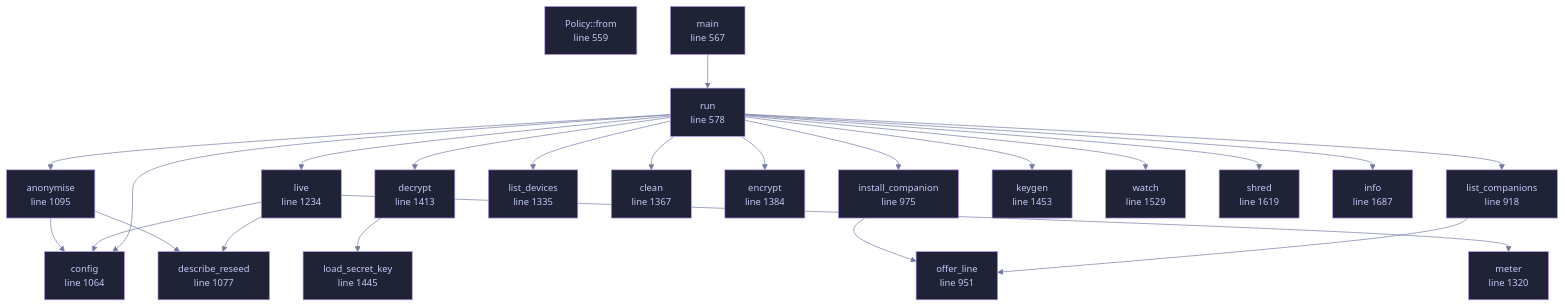
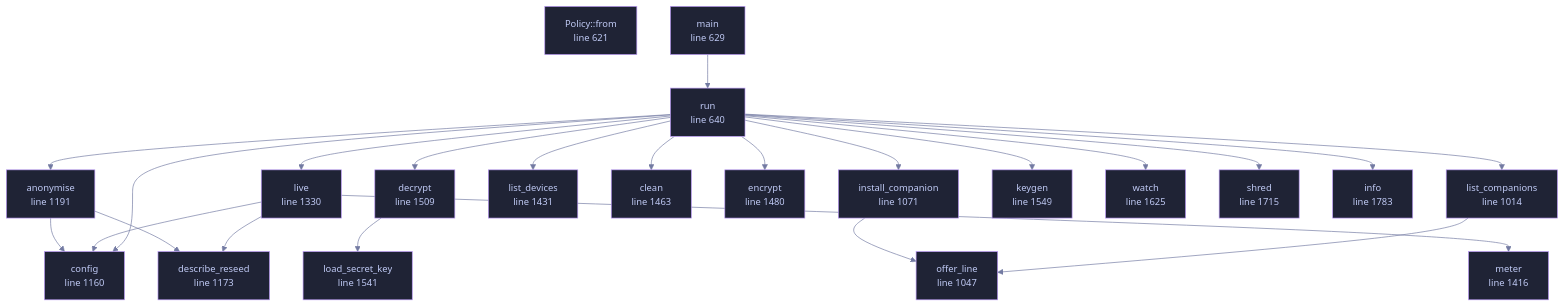
Before and after one commit to tilas01/veilvoice: the diagram in docs/files/veilvoice-cli/main.md, drawn with Mermaid. The commit also changed other lines of this file and 19 other files, not shown here.

````diff
--- a/docs/files/veilvoice-cli/main.md
+++ b/docs/files/veilvoice-cli/main.md
@@ -115,68 +115,68 @@
 ```mermaid
 %%{init: {"theme":"base","themeVariables":{"background":"#1a1b26","primaryColor":"#1f2335","primaryTextColor":"#c0caf5","primaryBorderColor":"#7aa2f7","secondaryColor":"#16161e","tertiaryColor":"#16161e","lineColor":"#737aa2","textColor":"#c0caf5","mainBkg":"#1f2335","nodeBorder":"#7aa2f7","clusterBkg":"#16161e","clusterBorder":"#2f3549","fontFamily":"ui-monospace, SFMono-Regular, Consolas, monospace","fontSize":"14px"}}}%%
 flowchart TD
-    n_from["Policy::from<br/>line 559"]
-    n_main["main<br/>line 567"]
-    n_run["run<br/>line 578"]
-    n_list_companions["list_companions<br/>line 918"]
-    n_offer_line["offer_line<br/>line 951"]
-    n_install_companion["install_companion<br/>line 975"]
-    n_config["config<br/>line 1064"]
-    n_describe_reseed["describe_reseed<br/>line 1077"]
-    n_anonymise["anonymise<br/>line 1095"]
-    n_live["live<br/>line 1234"]
-    n_meter["meter<br/>line 1320"]
-    n_list_devices["list_devices<br/>line 1335"]
-    n_clean["clean<br/>line 1367"]
-    n_encrypt["encrypt<br/>line 1384"]
-    n_decrypt["decrypt<br/>line 1413"]
-    n_load_secret_key["load_secret_key<br/>line 1445"]
-    n_keygen["keygen<br/>line 1453"]
-    n_watch["watch<br/>line 1529"]
-    n_shred["shred<br/>line 1619"]
-    n_info["info<br/>line 1687"]
+    n_from["Policy::from<br/>line 621"]
+    n_main["main<br/>line 629"]
+    n_run["run<br/>line 640"]
+    n_list_companions["list_companions<br/>line 1014"]
+    n_offer_line["offer_line<br/>line 1047"]
+    n_install_companion["install_companion<br/>line 1071"]
+    n_config["config<br/>line 1160"]
+    n_describe_reseed["describe_reseed<br/>line 1173"]
+    n_anonymise["anonymise<br/>line 1191"]
+    n_live["live<br/>line 1330"]
+    n_meter["meter<br/>line 1416"]
+    n_list_devices["list_devices<br/>line 1431"]
+    n_clean["clean<br/>line 1463"]
+    n_encrypt["encrypt<br/>line 1480"]
+    n_decrypt["decrypt<br/>line 1509"]
+    n_load_secret_key["load_secret_key<br/>line 1541"]
+    n_keygen["keygen<br/>line 1549"]
+    n_watch["watch<br/>line 1625"]
+    n_shred["shred<br/>line 1715"]
+    n_info["info<br/>line 1783"]
     n_anonymise --> n_config
     n_anonymise --> n_describe_reseed
     n_decrypt --> n_load_secret_key
     n_install_companion --> n_offer_line
     n_list_companions --> n_offer_line
     n_live --> n_config
     n_live --> n_describe_reseed
     n_live --> n_meter
     n_main --> n_run
     n_run --> n_anonymise
     n_run --> n_clean
     n_run --> n_config
     n_run --> n_decrypt
     n_run --> n_encrypt
     n_run --> n_info
     n_run --> n_install_companion
     n_run --> n_keygen
     n_run --> n_list_companions
     n_run --> n_list_devices
     n_run --> n_live
     n_run --> n_shred
     n_run --> n_watch
-    click n_from href "https://github.com/tilas01/veilvoice/blob/main/crates/veilvoice-cli/src/main.rs#L559" "open the source"
-    click n_main href "https://github.com/tilas01/veilvoice/blob/main/crates/veilvoice-cli/src/main.rs#L567" "open the source"
-    click n_run href "https://github.com/tilas01/veilvoice/blob/main/crates/veilvoice-cli/src/main.rs#L578" "open the source"
-    click n_list_companions href "https://github.com/tilas01/veilvoice/blob/main/crates/veilvoice-cli/src/main.rs#L918" "open the source"
-    click n_offer_line href "https://github.com/tilas01/veilvoice/blob/main/crates/veilvoice-cli/src/main.rs#L951" "open the source"
-    click n_install_companion href "https://github.com/tilas01/veilvoice/blob/main/crates/veilvoice-cli/src/main.rs#L975" "open the source"
-    click n_config href "https://github.com/tilas01/veilvoice/blob/main/crates/veilvoice-cli/src/main.rs#L1064" "open the source"
-    click n_describe_reseed href "https://github.com/tilas01/veilvoice/blob/main/crates/veilvoice-cli/src/main.rs#L1077" "open the source"
-    click n_anonymise href "https://github.com/tilas01/veilvoice/blob/main/crates/veilvoice-cli/src/main.rs#L1095" "open the source"
-    click n_live href "https://github.com/tilas01/veilvoice/blob/main/crates/veilvoice-cli/src/main.rs#L1234" "open the source"
-    click n_meter href "https://github.com/tilas01/veilvoice/blob/main/crates/veilvoice-cli/src/main.rs#L1320" "open the source"
-    click n_list_devices href "https://github.com/tilas01/veilvoice/blob/main/crates/veilvoice-cli/src/main.rs#L1335" "open the source"
-    click n_clean href "https://github.com/tilas01/veilvoice/blob/main/crates/veilvoice-cli/src/main.rs#L1367" "open the source"
-    click n_encrypt href "https://github.com/tilas01/veilvoice/blob/main/crates/veilvoice-cli/src/main.rs#L1384" "open the source"
-    click n_decrypt href "https://github.com/tilas01/veilvoice/blob/main/crates/veilvoice-cli/src/main.rs#L1413" "open the source"
-    click n_load_secret_key href "https://github.com/tilas01/veilvoice/blob/main/crates/veilvoice-cli/src/main.rs#L1445" "open the source"
-    click n_keygen href "https://github.com/tilas01/veilvoice/blob/main/crates/veilvoice-cli/src/main.rs#L1453" "open the source"
-    click n_watch href "https://github.com/tilas01/veilvoice/blob/main/crates/veilvoice-cli/src/main.rs#L1529" "open the source"
-    click n_shred href "https://github.com/tilas01/veilvoice/blob/main/crates/veilvoice-cli/src/main.rs#L1619" "open the source"
-    click n_info href "https://github.com/tilas01/veilvoice/blob/main/crates/veilvoice-cli/src/main.rs#L1687" "open the source"
+    click n_from href "https://github.com/tilas01/veilvoice/blob/main/crates/veilvoice-cli/src/main.rs#L621" "open the source"
+    click n_main href "https://github.com/tilas01/veilvoice/blob/main/crates/veilvoice-cli/src/main.rs#L629" "open the source"
+    click n_run href "https://github.com/tilas01/veilvoice/blob/main/crates/veilvoice-cli/src/main.rs#L640" "open the source"
+    click n_list_companions href "https://github.com/tilas01/veilvoice/blob/main/crates/veilvoice-cli/src/main.rs#L1014" "open the source"
+    click n_offer_line href "https://github.com/tilas01/veilvoice/blob/main/crates/veilvoice-cli/src/main.rs#L1047" "open the source"
+    click n_install_companion href "https://github.com/tilas01/veilvoice/blob/main/crates/veilvoice-cli/src/main.rs#L1071" "open the source"
+    click n_config href "https://github.com/tilas01/veilvoice/blob/main/crates/veilvoice-cli/src/main.rs#L1160" "open the source"
+    click n_describe_reseed href "https://github.com/tilas01/veilvoice/blob/main/crates/veilvoice-cli/src/main.rs#L1173" "open the source"
+    click n_anonymise href "https://github.com/tilas01/veilvoice/blob/main/crates/veilvoice-cli/src/main.rs#L1191" "open the source"
+    click n_live href "https://github.com/tilas01/veilvoice/blob/main/crates/veilvoice-cli/src/main.rs#L1330" "open the source"
+    click n_meter href "https://github.com/tilas01/veilvoice/blob/main/crates/veilvoice-cli/src/main.rs#L1416" "open the source"
+    click n_list_devices href "https://github.com/tilas01/veilvoice/blob/main/crates/veilvoice-cli/src/main.rs#L1431" "open the source"
+    click n_clean href "https://github.com/tilas01/veilvoice/blob/main/crates/veilvoice-cli/src/main.rs#L1463" "open the source"
+    click n_encrypt href "https://github.com/tilas01/veilvoice/blob/main/crates/veilvoice-cli/src/main.rs#L1480" "open the source"
+    click n_decrypt href "https://github.com/tilas01/veilvoice/blob/main/crates/veilvoice-cli/src/main.rs#L1509" "open the source"
+    click n_load_secret_key href "https://github.com/tilas01/veilvoice/blob/main/crates/veilvoice-cli/src/main.rs#L1541" "open the source"
+    click n_keygen href "https://github.com/tilas01/veilvoice/blob/main/crates/veilvoice-cli/src/main.rs#L1549" "open the source"
+    click n_watch href "https://github.com/tilas01/veilvoice/blob/main/crates/veilvoice-cli/src/main.rs#L1625" "open the source"
+    click n_shred href "https://github.com/tilas01/veilvoice/blob/main/crates/veilvoice-cli/src/main.rs#L1715" "open the source"
+    click n_info href "https://github.com/tilas01/veilvoice/blob/main/crates/veilvoice-cli/src/main.rs#L1783" "open the source"
     classDef helper fill:#1f2335,stroke:#bb9af7,color:#c0caf5
     class n_from,n_main,n_run,n_list_companions,n_offer_line,n_install_companion,n_config,n_describe_reseed,n_anonymise,n_live,n_meter,n_list_devices,n_clean,n_encrypt,n_decrypt,n_load_secret_key,n_keygen,n_watch,n_shred,n_info helper
 ```
````
